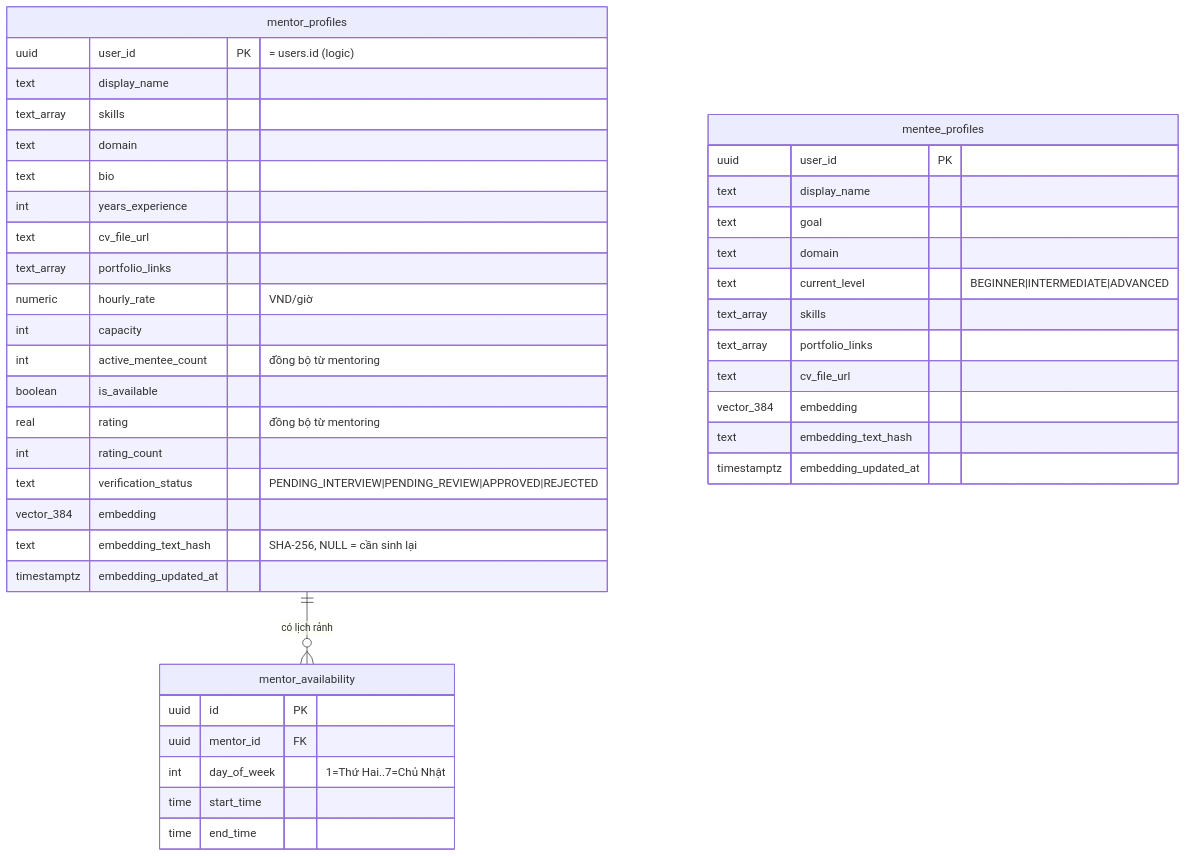
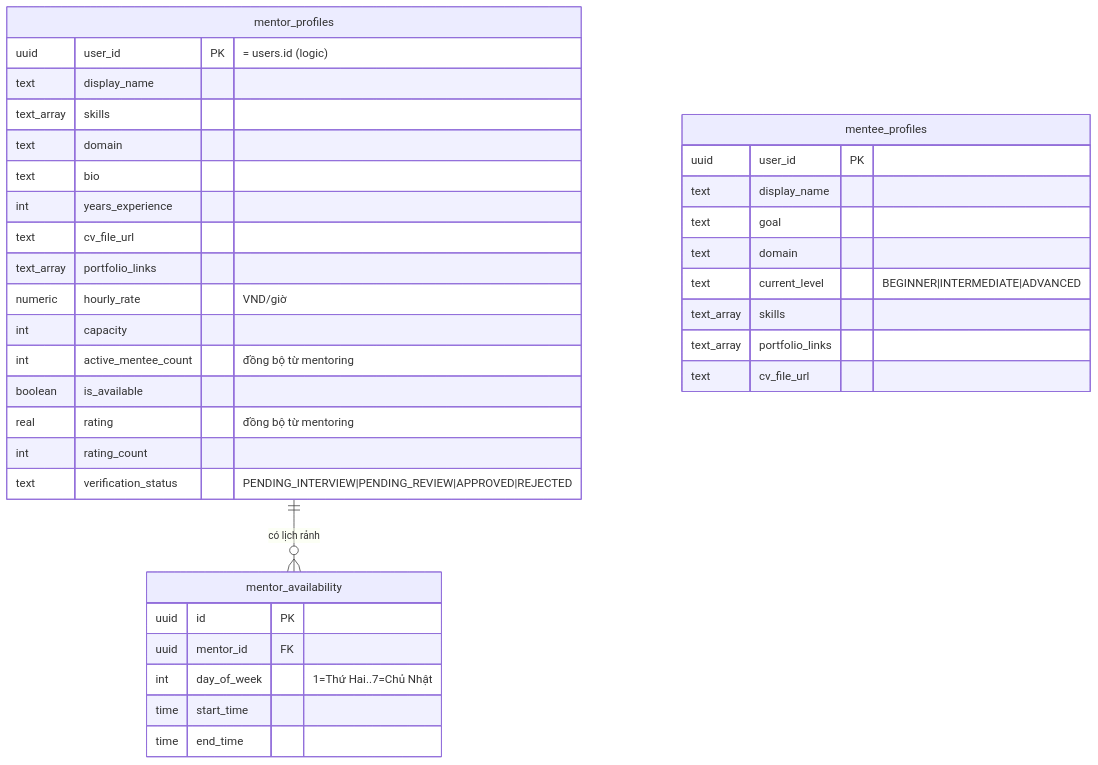
The second of 7 diagrams in docs/database-design.md (quangpham10212004/do_an_2026), drawn with Mermaid before and after one commit. The commit also changed other lines of this file and 185 other files, not shown here.

````diff
--- a/docs/database-design.md
+++ b/docs/database-design.md
@@ -60,44 +61,38 @@
 ```mermaid
 erDiagram
     mentor_profiles ||--o{ mentor_availability : "có lịch rảnh"
     mentor_profiles {
         uuid user_id PK "= users.id (logic)"
         text display_name
         text_array skills
         text domain
         text bio
         int years_experience
         text cv_file_url
         text_array portfolio_links
         numeric hourly_rate "VND/giờ"
         int capacity
         int active_mentee_count "đồng bộ từ mentoring"
         boolean is_available
         real rating "đồng bộ từ mentoring"
         int rating_count
         text verification_status "PENDING_INTERVIEW|PENDING_REVIEW|APPROVED|REJECTED"
-        vector_384 embedding
-        text embedding_text_hash "SHA-256, NULL = cần sinh lại"
-        timestamptz embedding_updated_at
     }
     mentee_profiles {
         uuid user_id PK
         text display_name
         text goal
         text domain
         text current_level "BEGINNER|INTERMEDIATE|ADVANCED"
         text_array skills
         text_array portfolio_links
         text cv_file_url
-        vector_384 embedding
-        text embedding_text_hash
-        timestamptz embedding_updated_at
     }
     mentor_availability {
         uuid id PK
         uuid mentor_id FK
         int day_of_week "1=Thứ Hai..7=Chủ Nhật"
         time start_time
         time end_time
     }
 ```
````
